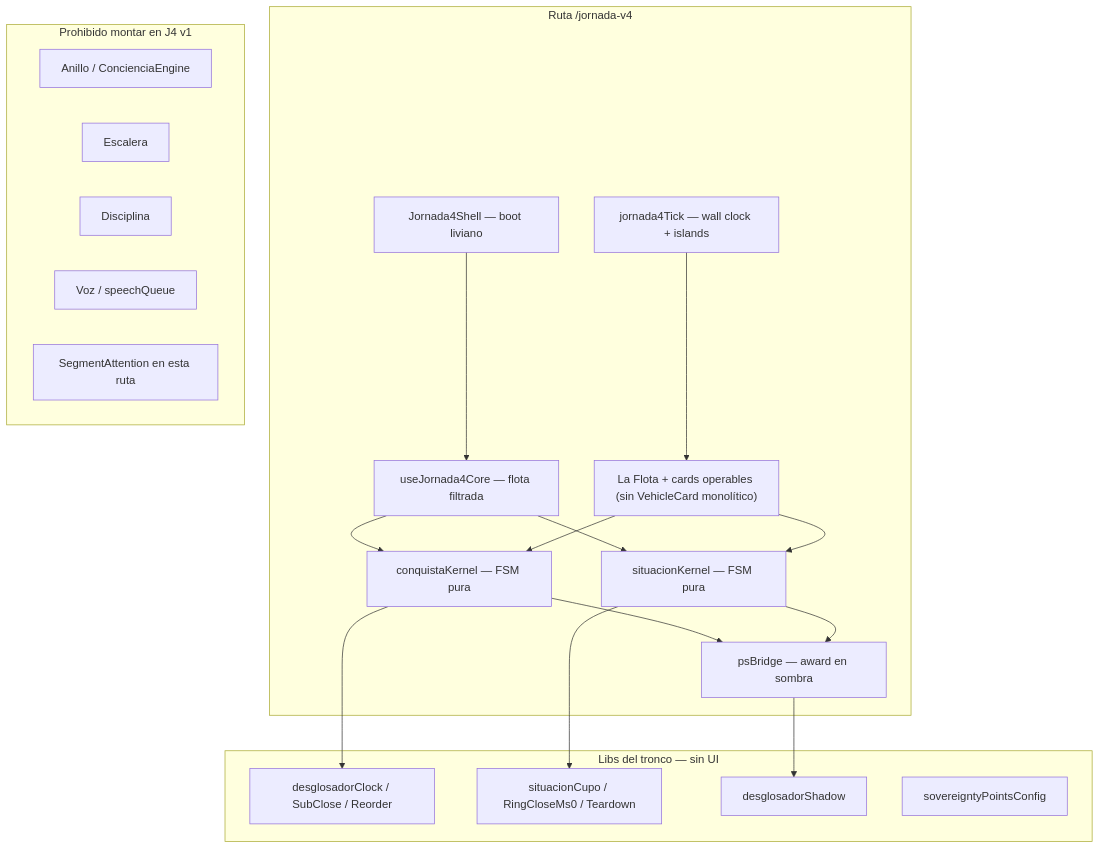
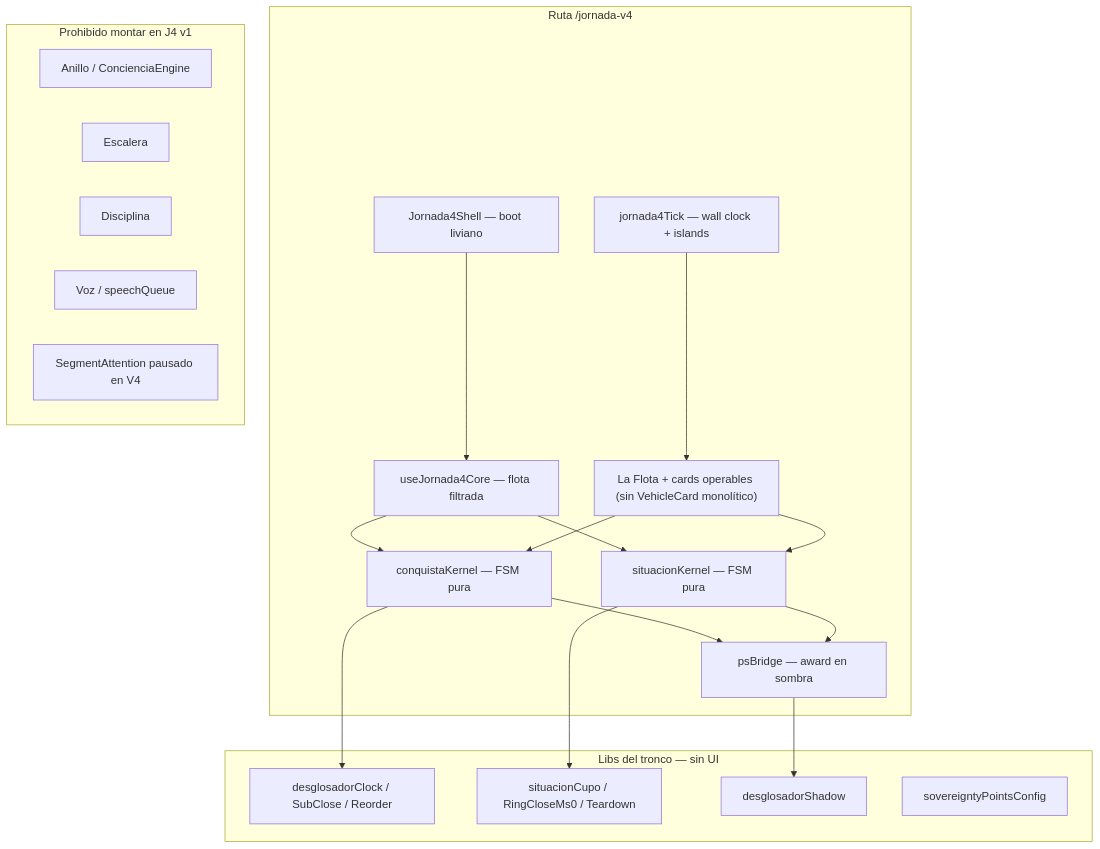
One commit to gilsonarevaloleo-web/sistemicar-2026 changed the diagram in docs/JORNADA4_DUAL_KERNEL.md. Above: the diagram before and after it, drawn with Mermaid. The commit also changed other lines of this file and 12 other files, not shown here.

````diff
--- a/docs/JORNADA4_DUAL_KERNEL.md
+++ b/docs/JORNADA4_DUAL_KERNEL.md
@@ -141,39 +141,39 @@
 ```mermaid
 flowchart TB
   subgraph route ["Ruta /jornada-v4"]
     Shell["Jornada4Shell — boot liviano"]
     Core["useJornada4Core — flota filtrada"]
     CK["conquistaKernel — FSM pura"]
     SK["situacionKernel — FSM pura"]
     PS["psBridge — award en sombra"]
     Tick["jornada4Tick — wall clock + islands"]
     UI["La Flota + cards operables (sin VehicleCard monolítico)"]
   end
 
   subgraph shared ["Libs del tronco — sin UI"]
     DC[desglosadorClock / SubClose / Reorder]
     SC[situacionCupo / RingCloseMs0 / Teardown]
     SH[desglosadorShadow]
     CFG[sovereigntyPointsConfig]
   end
 
   subgraph banned ["Prohibido montar en J4 v1"]
     AN[Anillo / ConcienciaEngine]
     ES[Escalera]
     DI[Disciplina]
     VO[Voz / speechQueue]
-    SA[SegmentAttention en esta ruta]
+    SA[SegmentAttention pausado en V4]
   end
 
   Shell --> Core
   Core --> CK
   Core --> SK
   CK --> DC
   SK --> SC
   CK --> PS
   SK --> PS
   PS --> SH
   Tick --> UI
   UI --> CK
   UI --> SK
 ```
````
